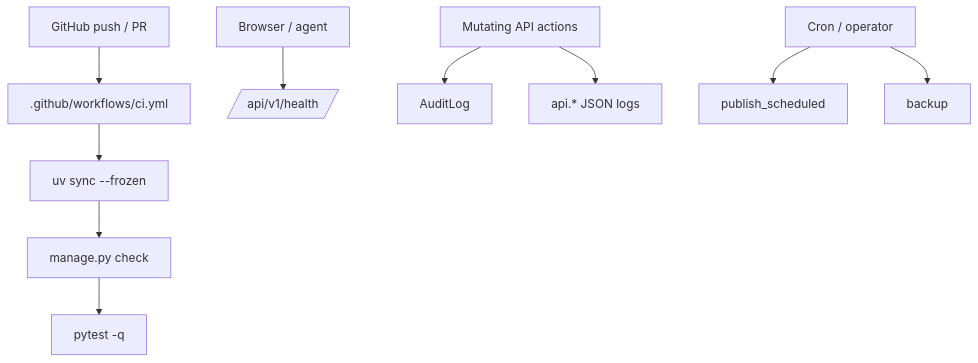
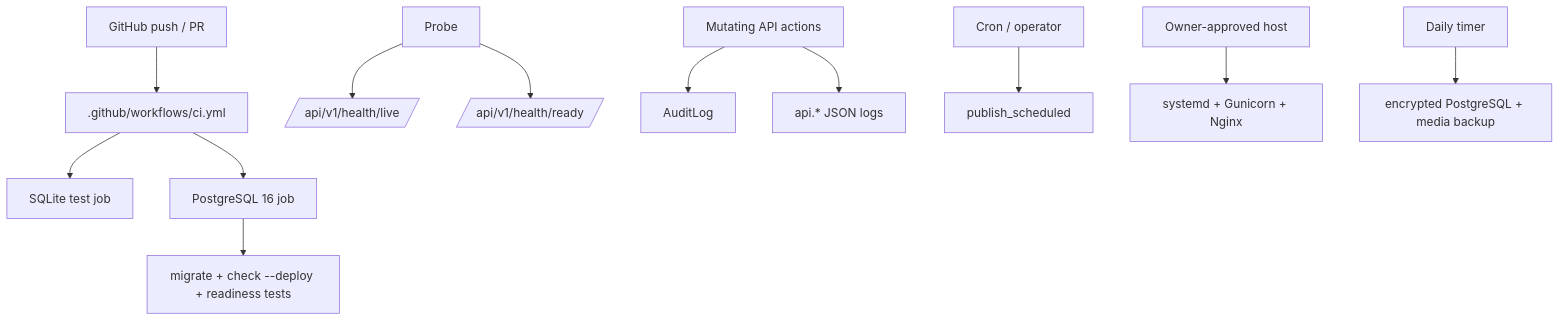
The diagram in doc/infrastructure.md (VladimirMonin/django_6_blog), drawn with Mermaid before and after one commit. The commit also changed other lines of this file and 65 other files, not shown here.

````diff
--- a/doc/infrastructure.md
+++ b/doc/infrastructure.md
@@ -5,13 +5,15 @@
 ```mermaid
 flowchart TD
     A[GitHub push / PR] --> B[.github/workflows/ci.yml]
-    B --> C[uv sync --frozen]
-    C --> D[manage.py check]
-    D --> E[pytest -q]
+    B --> C[SQLite test job]
+    B --> D[PostgreSQL 16 job]
+    D --> E[migrate + check --deploy + readiness tests]
 
-    F[Browser / agent] --> G[/api/v1/health/]
-    H[Mutating API actions] --> I[AuditLog]
-    H --> J[api.* JSON logs]
+    F[Probe] --> G[/api/v1/health/live/]
+    F --> H[/api/v1/health/ready/]
+    Q[Mutating API actions] --> I[AuditLog]
+    Q --> J[api.* JSON logs]
     K[Cron / operator] --> L[publish_scheduled]
-    K --> M[backup]
+    M[Owner-approved host] --> N[systemd + Gunicorn + Nginx]
+    O[Daily timer] --> P[encrypted PostgreSQL + media backup]
 ```
````
